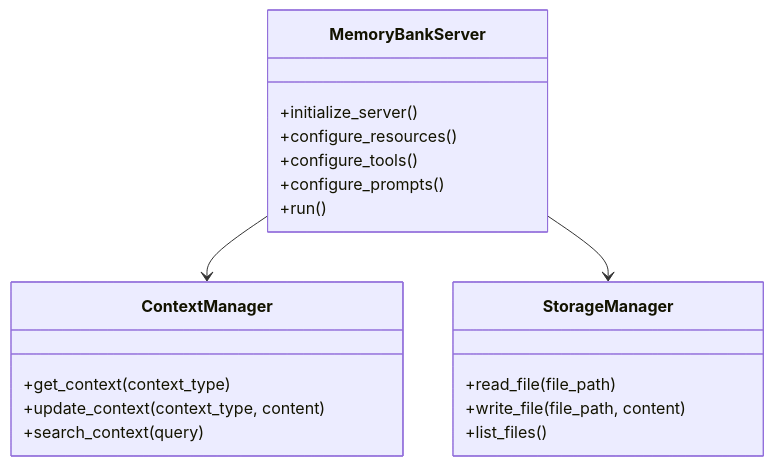
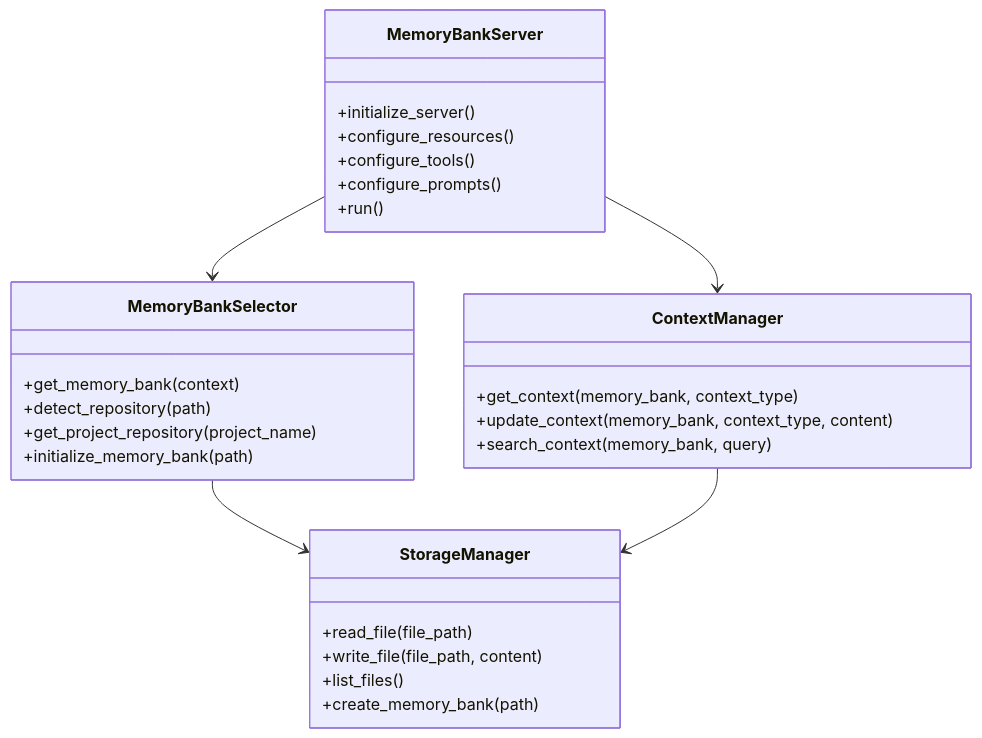
The sixth of 9 diagrams in doc/mcp-design.md (philippe-guerit/claude-desktop-memory-bank), drawn with Mermaid before and after one commit. The commit also changed other lines of this file and 3 other files, not shown here.

Commit message:
improve design to support project based memory bank

````diff
--- a/doc/mcp-design.md
+++ b/doc/mcp-design.md
@@ -111,25 +178,35 @@
 ```mermaid
 classDiagram
     class MemoryBankServer {
         +initialize_server()
         +configure_resources()
         +configure_tools()
         +configure_prompts()
         +run()
     }
     
+    class MemoryBankSelector {
+        +get_memory_bank(context)
+        +detect_repository(path)
+        +get_project_repository(project_name)
+        +initialize_memory_bank(path)
+    }
+    
     class ContextManager {
-        +get_context(context_type)
-        +update_context(context_type, content)
-        +search_context(query)
+        +get_context(memory_bank, context_type)
+        +update_context(memory_bank, context_type, content)
+        +search_context(memory_bank, query)
     }
     
     class StorageManager {
         +read_file(file_path)
         +write_file(file_path, content)
         +list_files()
+        +create_memory_bank(path)
     }
     
+    MemoryBankServer --> MemoryBankSelector
     MemoryBankServer --> ContextManager
-    MemoryBankServer --> StorageManager
+    MemoryBankSelector --> StorageManager
+    ContextManager --> StorageManager
 ```
````
